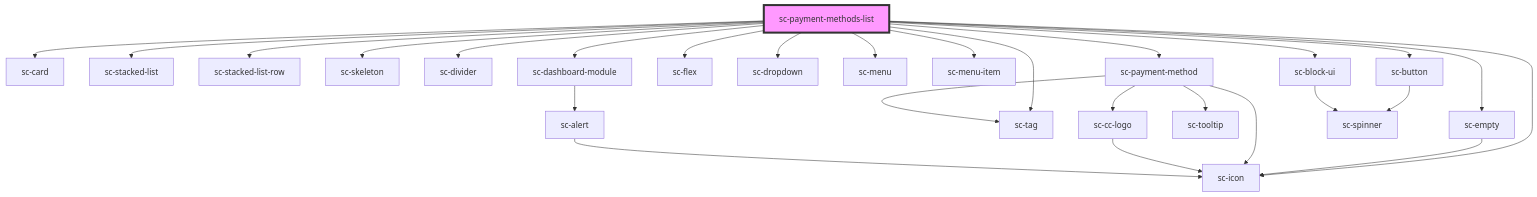
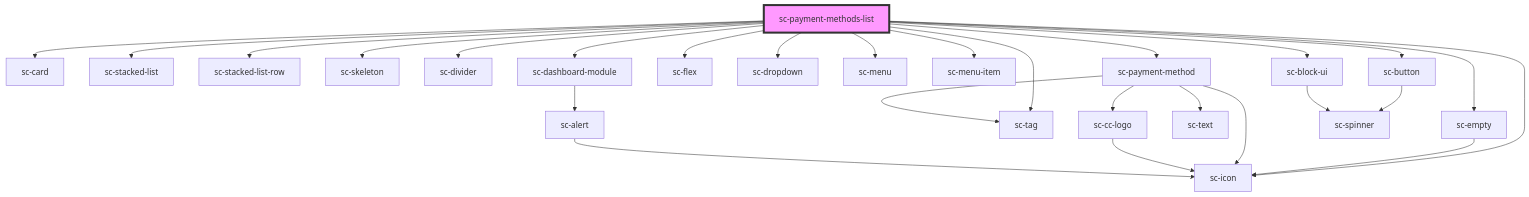
Before and after one commit to surecart/surecart-wp-plugin: the diagram in packages/components/src/components/controllers/dashboard/payment-methods-list/readme.md, drawn with Mermaid. The commit also changed 12 other files, not shown here.

````diff
--- a/packages/components/src/components/controllers/dashboard/payment-methods-list/readme.md
+++ b/packages/components/src/components/controllers/dashboard/payment-methods-list/readme.md
@@ -38,30 +38,30 @@
 ```mermaid
 graph TD;
   sc-payment-methods-list --> sc-card
   sc-payment-methods-list --> sc-stacked-list
   sc-payment-methods-list --> sc-stacked-list-row
   sc-payment-methods-list --> sc-skeleton
   sc-payment-methods-list --> sc-divider
   sc-payment-methods-list --> sc-empty
   sc-payment-methods-list --> sc-payment-method
   sc-payment-methods-list --> sc-flex
   sc-payment-methods-list --> sc-tag
   sc-payment-methods-list --> sc-dropdown
   sc-payment-methods-list --> sc-icon
   sc-payment-methods-list --> sc-menu
   sc-payment-methods-list --> sc-menu-item
   sc-payment-methods-list --> sc-dashboard-module
   sc-payment-methods-list --> sc-button
   sc-payment-methods-list --> sc-block-ui
   sc-empty --> sc-icon
   sc-payment-method --> sc-tag
   sc-payment-method --> sc-cc-logo
-  sc-payment-method --> sc-tooltip
   sc-payment-method --> sc-icon
+  sc-payment-method --> sc-text
   sc-cc-logo --> sc-icon
   sc-dashboard-module --> sc-alert
   sc-alert --> sc-icon
   sc-button --> sc-spinner
   sc-block-ui --> sc-spinner
   style sc-payment-methods-list fill:#f9f,stroke:#333,stroke-width:4px
 ```
````
